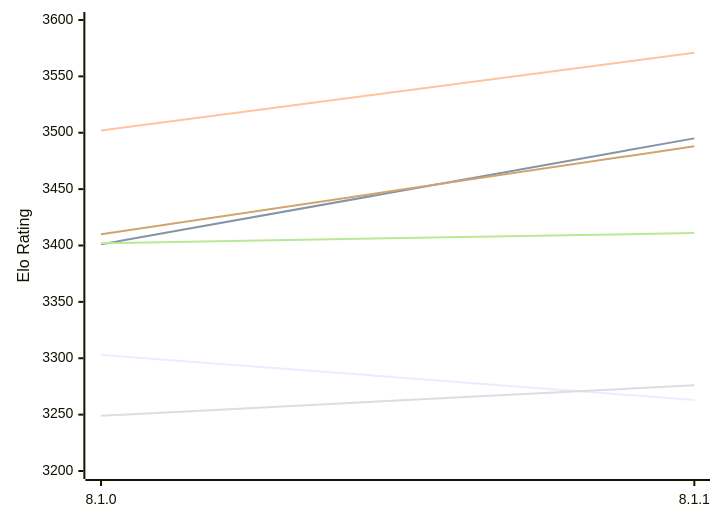
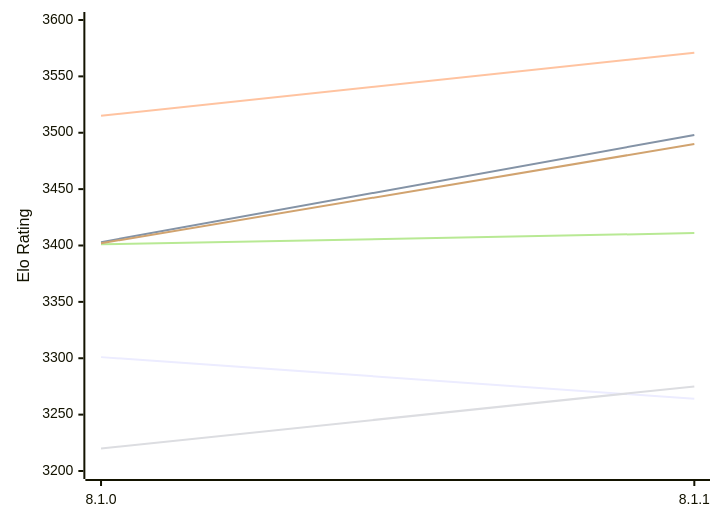
One commit to computer-chess-index/cci changed the first of 2 diagrams in engines/Velvet.md. Above: the diagram before and after it, drawn with Mermaid. The commit also changed other lines of this file, not shown here.

Commit message:
Update CCI Ratings (ELO VLTC) - 2026-11-17

````diff
--- a/engines/Velvet.md
+++ b/engines/Velvet.md
@@ -51,12 +51,12 @@
 ```mermaid
 %%{init: {"theme":"base","themeVariables":{"seriesColors:['#a3a3a3','#222221','#faa371']}}}%%
 xychart-beta
   x-axis ["8.1.0", "8.1.1"]
   y-axis "Elo Rating" 3200 --> 3600
-  line "E1: STC (8.0+0.08s)" [3303, 3263]
-  line "E1: LTC (60.0+0.60s)" [3401, 3495]
-  line "E1: VLTC (2m24s+1.12s)" [3502, 3571]
-  line "P1: STC (8.0+0.08s)" [3249, 3276]
-  line "P1: LTC (60.0+0.60s)" [3402, 3411]
-  line "P1: VLTC (2m24s+1.12s)" [3410, 3488]
+  line "E1: STC (8.0+0.08s)" [3301, 3264]
+  line "E1: LTC (60.0+0.60s)" [3403, 3498]
+  line "E1: VLTC (2m24s+1.12s)" [3515, 3571]
+  line "P1: STC (8.0+0.08s)" [3220, 3275]
+  line "P1: LTC (60.0+0.60s)" [3401, 3411]
+  line "P1: VLTC (2m24s+1.12s)" [3402, 3490]
 ```
````
